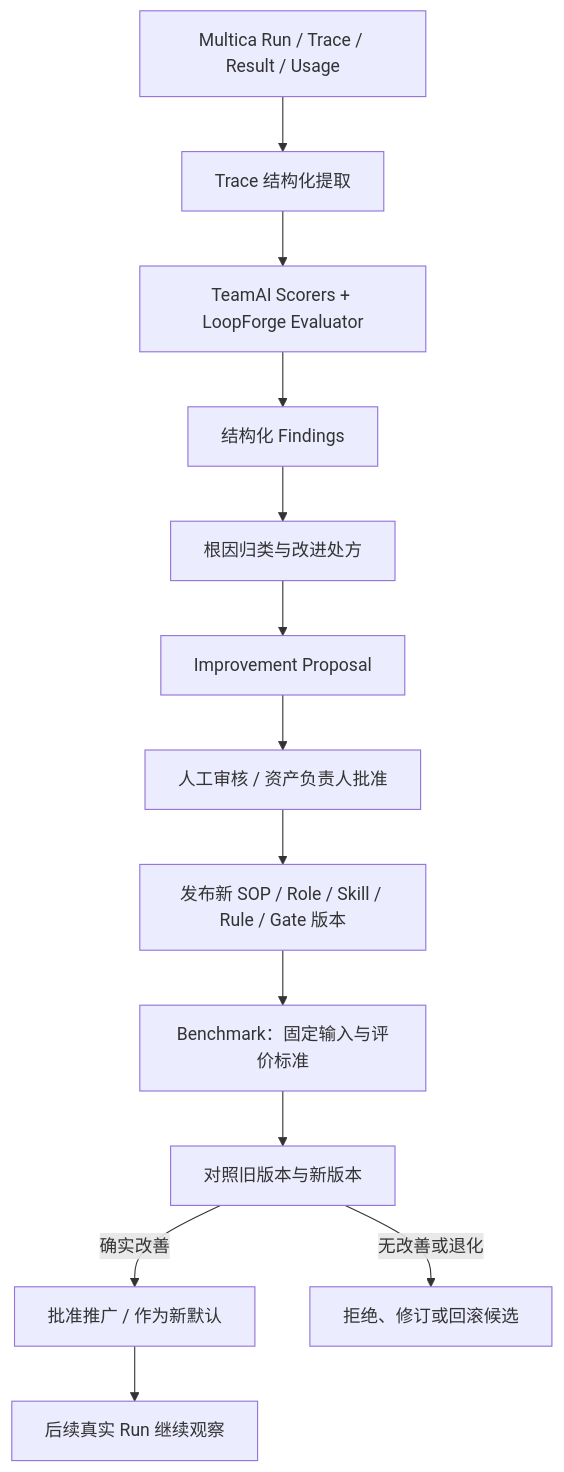
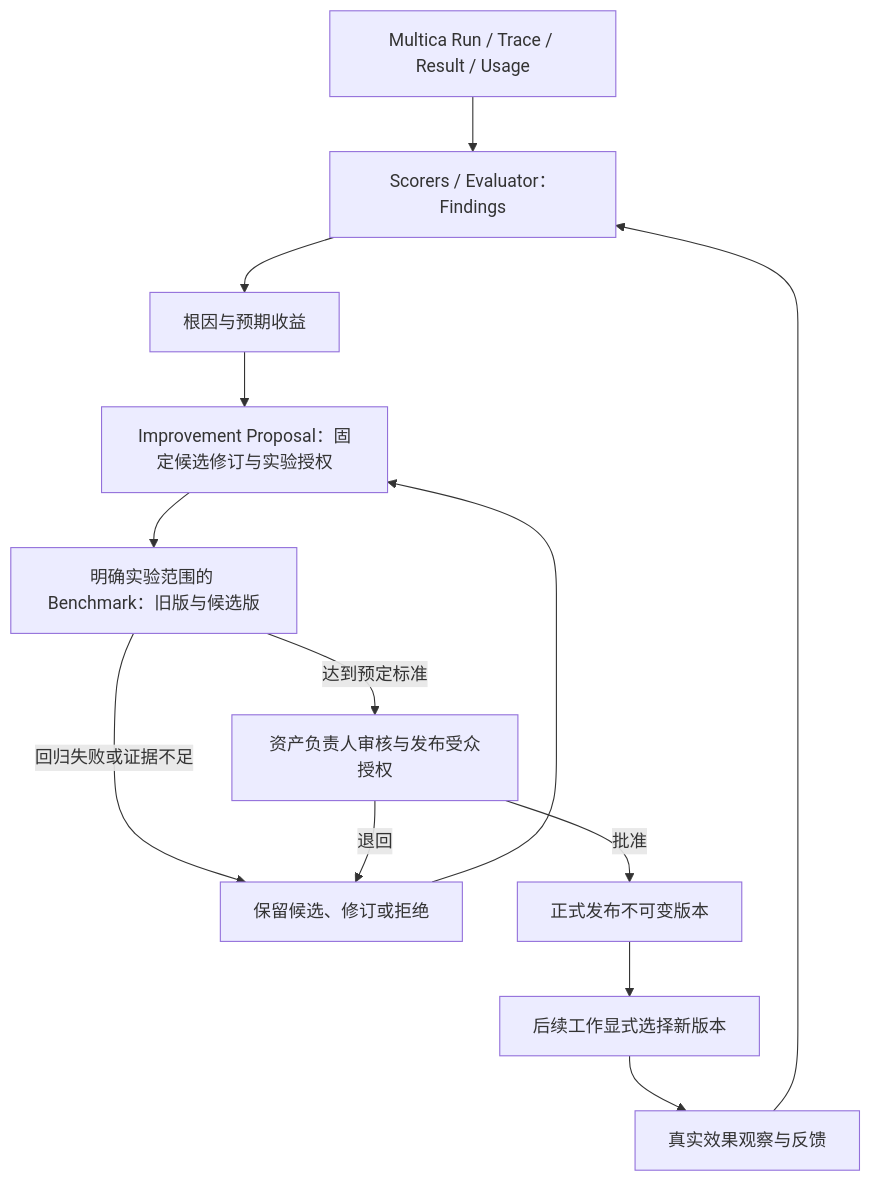
One commit to ScWen7/Issues changed the diagram in docs/architecture/04-cost-quality-improvement.md. Above: the diagram before and after it, drawn with Mermaid. The commit also changed other lines of this file and 14 other files, not shown here.

````diff
--- a/docs/architecture/04-cost-quality-improvement.md
+++ b/docs/architecture/04-cost-quality-improvement.md
@@ -111,15 +169,15 @@
 ```mermaid
 flowchart TD
-    R["Multica Run / Trace / Result / Usage"] --> X["Trace 结构化提取"]
-    X --> E["TeamAI Scorers + LoopForge Evaluator"]
-    E --> F["结构化 Findings"]
-    F --> D["根因归类与改进处方"]
-    D --> P["Improvement Proposal"]
-    P --> H["人工审核 / 资产负责人批准"]
-    H --> V["发布新 SOP / Role / Skill / Rule / Gate 版本"]
-    V --> B["Benchmark：固定输入与评价标准"]
-    B --> C["对照旧版本与新版本"]
-    C -->|确实改善| A["批准推广 / 作为新默认"]
-    C -->|无改善或退化| Q["拒绝、修订或回滚候选"]
-    A --> R2["后续真实 Run 继续观察"]
+    R["Multica Run / Trace / Result / Usage"] --> E["Scorers / Evaluator：Findings"]
+    E --> D["根因与预期收益"]
+    D --> P["Improvement Proposal：固定候选修订与实验授权"]
+    P --> B["明确实验范围的 Benchmark：旧版与候选版"]
+    B -->|回归失败或证据不足| Q["保留候选、修订或拒绝"]
+    Q --> P
+    B -->|达到预定标准| H["资产负责人审核与发布受众授权"]
+    H -->|批准| V["正式发布不可变版本"]
+    H -->|退回| Q
+    V --> N["后续工作显式选择新版本"]
+    N --> O["真实效果观察与反馈"]
+    O --> E
 ```
````
